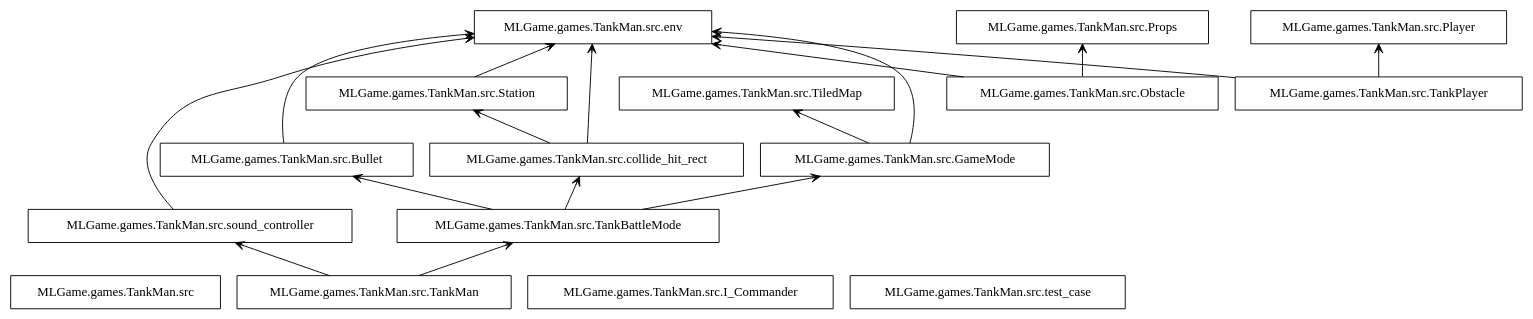
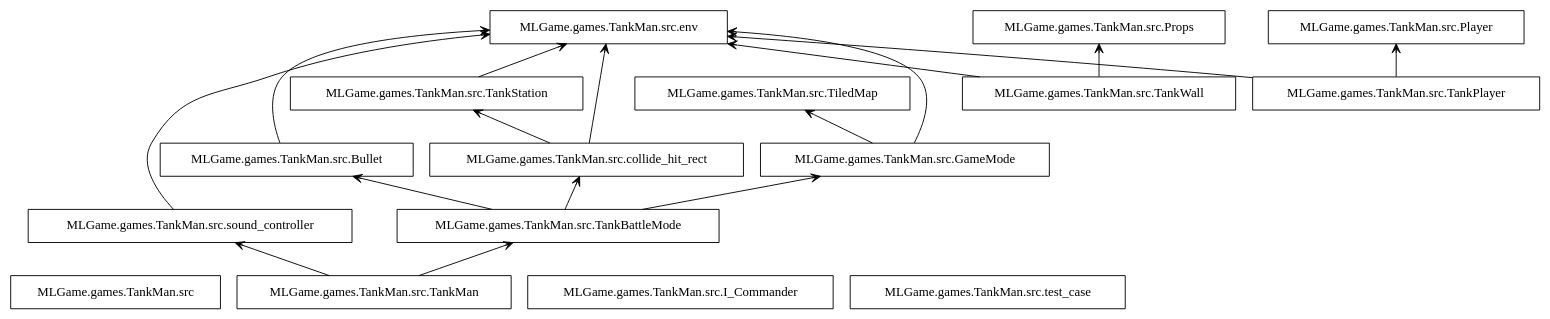
Before and after one commit to Jesse-Jumbo/TankMan: the diagram in packages.dot, drawn with Graphviz. The commit also changed 8 other files, not shown here.

Commit message:
add Station(TankStation) parent Station

```diff
--- a/packages.dot
+++ b/packages.dot
@@ -1,36 +1,36 @@
 digraph "packages" {
 rankdir=BT
 charset="utf-8"
 "MLGame.games.TankMan.src" [color="black", label="MLGame.games.TankMan.src", shape="box", style="solid"];
 "MLGame.games.TankMan.src.TankBattleMode" [color="black", label="MLGame.games.TankMan.src.TankBattleMode", shape="box", style="solid"];
 "MLGame.games.TankMan.src.Bullet" [color="black", label="MLGame.games.TankMan.src.Bullet", shape="box", style="solid"];
 "MLGame.games.TankMan.src.GameMode" [color="black", label="MLGame.games.TankMan.src.GameMode", shape="box", style="solid"];
 "MLGame.games.TankMan.src.I_Commander" [color="black", label="MLGame.games.TankMan.src.I_Commander", shape="box", style="solid"];
-"MLGame.games.TankMan.src.Obstacle" [color="black", label="MLGame.games.TankMan.src.Obstacle", shape="box", style="solid"];
+"MLGame.games.TankMan.src.TankWall" [color="black", label="MLGame.games.TankMan.src.TankWall", shape="box", style="solid"];
 "MLGame.games.TankMan.src.Player" [color="black", label="MLGame.games.TankMan.src.Player", shape="box", style="solid"];
 "MLGame.games.TankMan.src.Props" [color="black", label="MLGame.games.TankMan.src.Props", shape="box", style="solid"];
-"MLGame.games.TankMan.src.Station" [color="black", label="MLGame.games.TankMan.src.Station", shape="box", style="solid"];
+"MLGame.games.TankMan.src.TankStation" [color="black", label="MLGame.games.TankMan.src.TankStation", shape="box", style="solid"];
 "MLGame.games.TankMan.src.TankMan" [color="black", label="MLGame.games.TankMan.src.TankMan", shape="box", style="solid"];
 "MLGame.games.TankMan.src.TiledMap" [color="black", label="MLGame.games.TankMan.src.TiledMap", shape="box", style="solid"];
 "MLGame.games.TankMan.src.TankPlayer" [color="black", label="MLGame.games.TankMan.src.TankPlayer", shape="box", style="solid"];
 "MLGame.games.TankMan.src.collide_hit_rect" [color="black", label="MLGame.games.TankMan.src.collide_hit_rect", shape="box", style="solid"];
 "MLGame.games.TankMan.src.env" [color="black", label="MLGame.games.TankMan.src.env", shape="box", style="solid"];
 "MLGame.games.TankMan.src.sound_controller" [color="black", label="MLGame.games.TankMan.src.sound_controller", shape="box", style="solid"];
 "MLGame.games.TankMan.src.test_case" [color="black", label="MLGame.games.TankMan.src.test_case", shape="box", style="solid"];
 "MLGame.games.TankMan.src.TankBattleMode" -> "MLGame.games.TankMan.src.Bullet" [arrowhead="open", arrowtail="none"];
 "MLGame.games.TankMan.src.TankBattleMode" -> "MLGame.games.TankMan.src.GameMode" [arrowhead="open", arrowtail="none"];
 "MLGame.games.TankMan.src.TankBattleMode" -> "MLGame.games.TankMan.src.collide_hit_rect" [arrowhead="open", arrowtail="none"];
 "MLGame.games.TankMan.src.Bullet" -> "MLGame.games.TankMan.src.env" [arrowhead="open", arrowtail="none"];
 "MLGame.games.TankMan.src.GameMode" -> "MLGame.games.TankMan.src.TiledMap" [arrowhead="open", arrowtail="none"];
 "MLGame.games.TankMan.src.GameMode" -> "MLGame.games.TankMan.src.env" [arrowhead="open", arrowtail="none"];
-"MLGame.games.TankMan.src.Obstacle" -> "MLGame.games.TankMan.src.Props" [arrowhead="open", arrowtail="none"];
-"MLGame.games.TankMan.src.Obstacle" -> "MLGame.games.TankMan.src.env" [arrowhead="open", arrowtail="none"];
-"MLGame.games.TankMan.src.Station" -> "MLGame.games.TankMan.src.env" [arrowhead="open", arrowtail="none"];
+"MLGame.games.TankMan.src.TankWall" -> "MLGame.games.TankMan.src.Props" [arrowhead="open", arrowtail="none"];
+"MLGame.games.TankMan.src.TankWall" -> "MLGame.games.TankMan.src.env" [arrowhead="open", arrowtail="none"];
+"MLGame.games.TankMan.src.TankStation" -> "MLGame.games.TankMan.src.env" [arrowhead="open", arrowtail="none"];
 "MLGame.games.TankMan.src.TankMan" -> "MLGame.games.TankMan.src.TankBattleMode" [arrowhead="open", arrowtail="none"];
 "MLGame.games.TankMan.src.TankMan" -> "MLGame.games.TankMan.src.sound_controller" [arrowhead="open", arrowtail="none"];
 "MLGame.games.TankMan.src.TankPlayer" -> "MLGame.games.TankMan.src.Player" [arrowhead="open", arrowtail="none"];
 "MLGame.games.TankMan.src.TankPlayer" -> "MLGame.games.TankMan.src.env" [arrowhead="open", arrowtail="none"];
-"MLGame.games.TankMan.src.collide_hit_rect" -> "MLGame.games.TankMan.src.Station" [arrowhead="open", arrowtail="none"];
+"MLGame.games.TankMan.src.collide_hit_rect" -> "MLGame.games.TankMan.src.TankStation" [arrowhead="open", arrowtail="none"];
 "MLGame.games.TankMan.src.collide_hit_rect" -> "MLGame.games.TankMan.src.env" [arrowhead="open", arrowtail="none"];
 "MLGame.games.TankMan.src.sound_controller" -> "MLGame.games.TankMan.src.env" [arrowhead="open", arrowtail="none"];
 }
```
